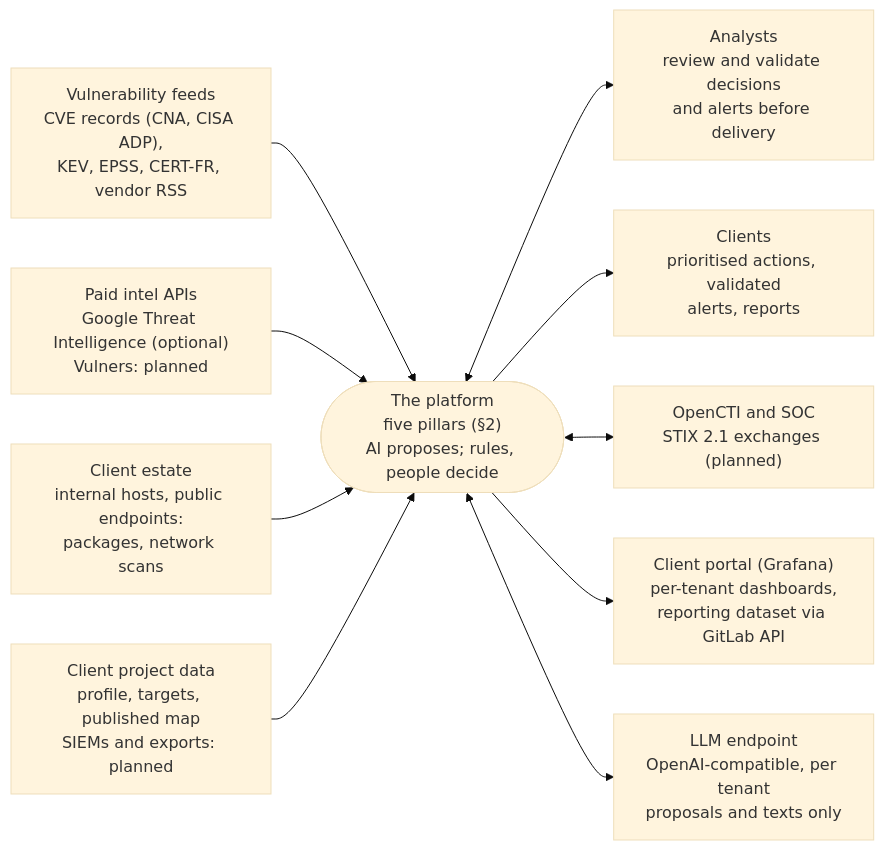
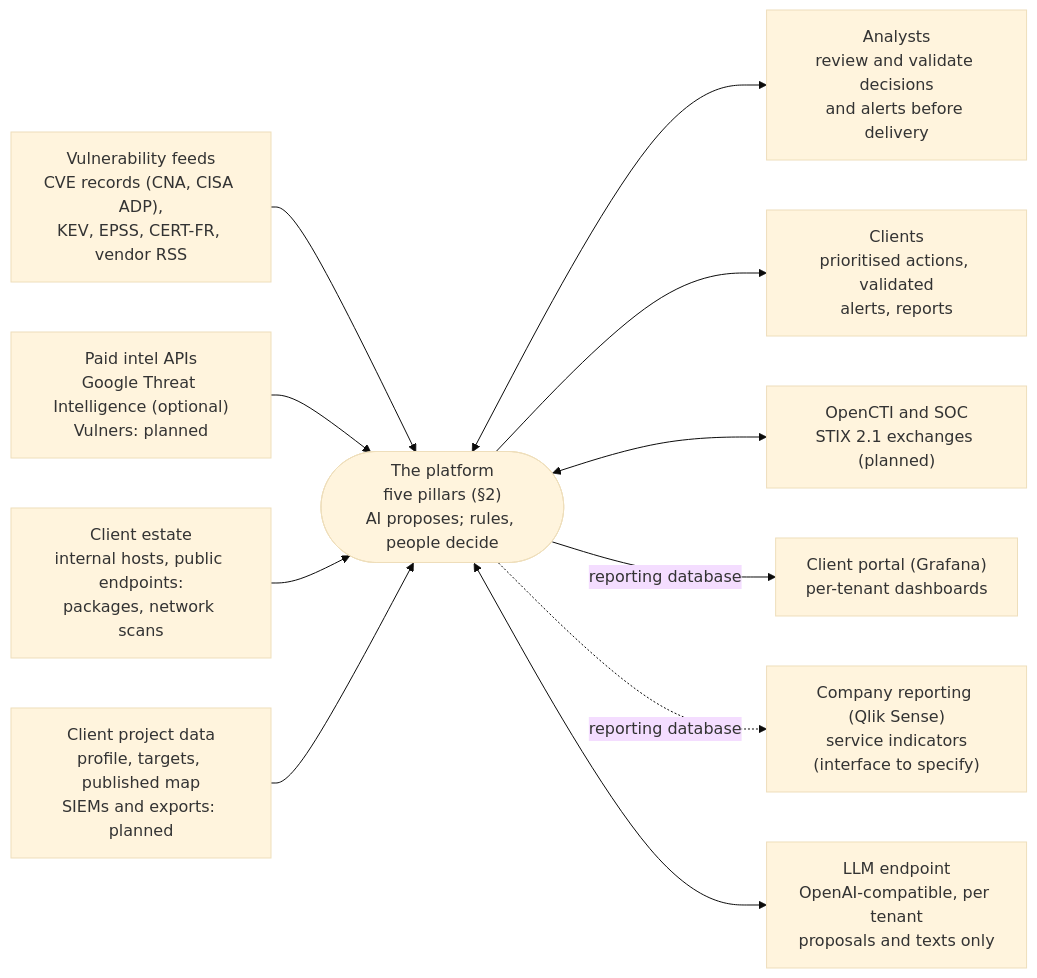
Before and after one commit to sylf74/a2vm: the second of 2 diagrams in docs/hld/00-product-strategy.md, drawn with Mermaid (base theme). The commit also changed other lines of this file and 1 other file, not shown here.

First line of the commit message:
HLD: modular restitution through a reporting database, independent of GitLab (v0.11.5 draft)

````diff
--- a/docs/hld/00-product-strategy.md
+++ b/docs/hld/00-product-strategy.md
@@ -133,23 +133,25 @@
 ```mermaid
 flowchart LR
   feeds["Vulnerability feeds<br/>CVE records (CNA, CISA ADP),<br/>KEV, EPSS, CERT-FR, vendor RSS"]
   paid["Paid intel APIs<br/>Google Threat Intelligence (optional)<br/>Vulners: planned"]
   estate["Client estate<br/>internal hosts, public endpoints:<br/>packages, network scans"]
   cdata["Client project data<br/>profile, targets, published map<br/>SIEMs and exports: planned"]
   platform(["The platform<br/>five pillars (§2)<br/>AI proposes; rules, people decide"])
   analysts["Analysts<br/>review and validate decisions<br/>and alerts before delivery"]
   clients["Clients<br/>prioritised actions, validated<br/>alerts, reports"]
   cti["OpenCTI and SOC<br/>STIX 2.1 exchanges (planned)"]
-  dash["Client portal (Grafana)<br/>per-tenant dashboards,<br/>reporting dataset via GitLab API"]
+  dash["Client portal (Grafana)<br/>per-tenant dashboards"]
+  qlik["Company reporting (Qlik Sense)<br/>service indicators<br/>(interface to specify)"]
   llm["LLM endpoint<br/>OpenAI-compatible, per tenant<br/>proposals and texts only"]
 
   feeds --> platform
   paid --> platform
   estate --> platform
   cdata --> platform
   platform <--> analysts
   platform --> clients
   platform <--> cti
-  platform --> dash
+  platform -- "reporting database" --> dash
+  platform -. "reporting database" .-> qlik
   platform <--> llm
 ```
````
